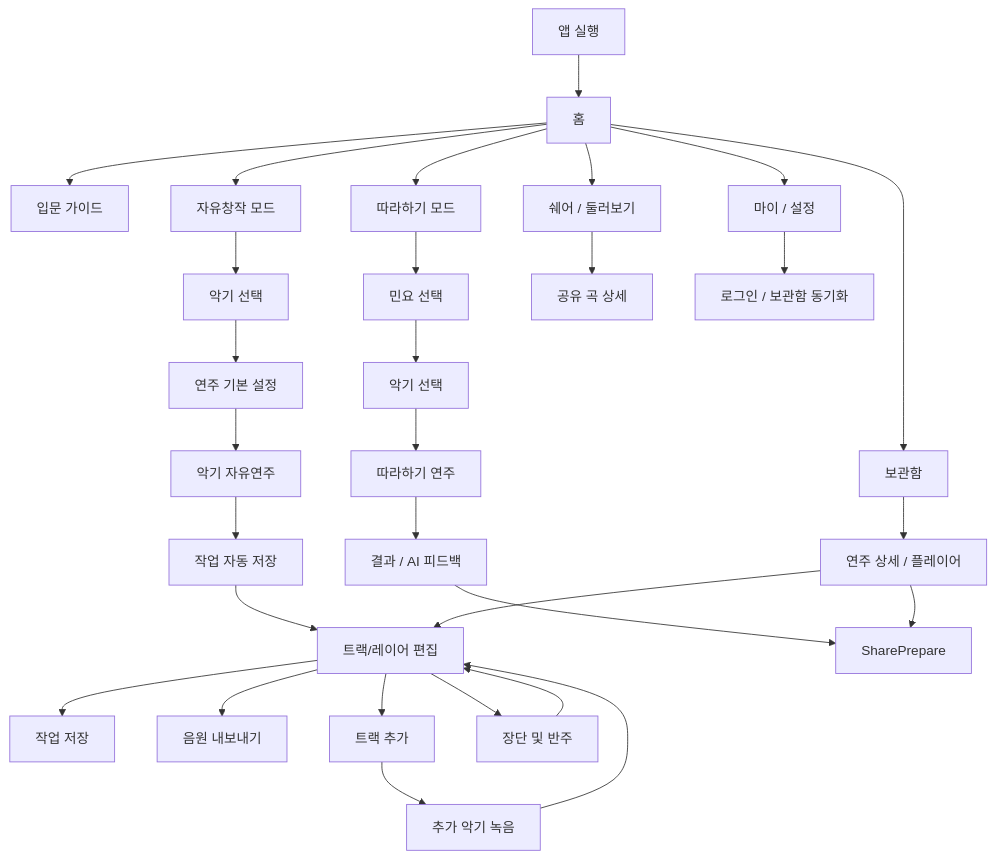
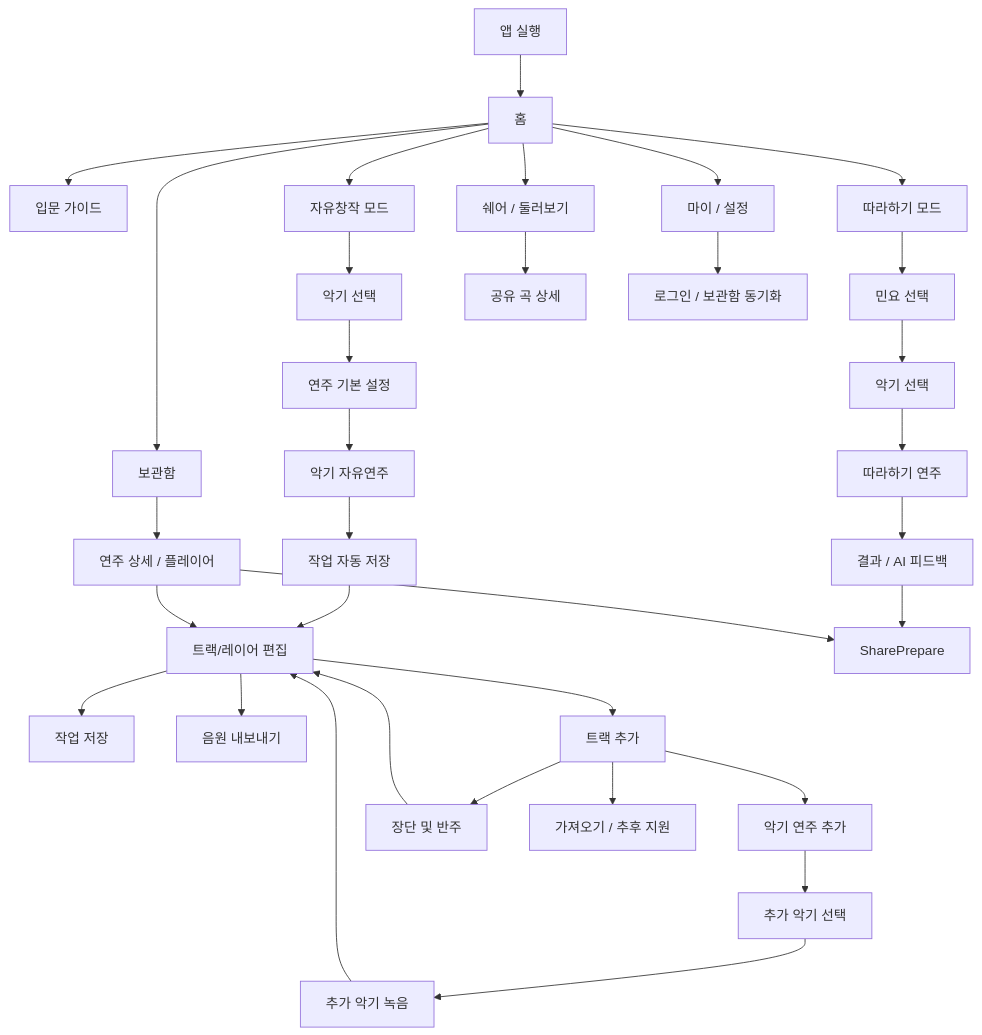
One commit to logan0741/GARAK-AI-Gugak-Studio changed the diagram in front/docs/product/screen-flow/current-screen-flow.md. Above: the diagram before and after it, drawn with Mermaid. The commit also changed other lines of this file and 1 other file, not shown here.

````diff
--- a/front/docs/product/screen-flow/current-screen-flow.md
+++ b/front/docs/product/screen-flow/current-screen-flow.md
@@ -97,39 +97,42 @@
 ```mermaid
 flowchart TD
     App["앱 실행"] --> Home["홈"]
 
     Home --> Guide["입문 가이드"]
     Home --> FreeMode["자유창작 모드"]
     Home --> PracticeEntry["따라하기 모드"]
     Home --> Library["보관함"]
     Home --> ShareFeed["쉐어 / 둘러보기"]
     Home --> Settings["마이 / 설정"]
 
     FreeMode --> InstrumentSettings["악기 선택"]
     InstrumentSettings --> PlayDefaults["연주 기본 설정"]
     PlayDefaults --> FreePlay["악기 자유연주"]
 
     FreePlay --> AutoSaveWork["작업 자동 저장"]
     AutoSaveWork --> LayerEdit["트랙/레이어 편집"]
     LayerEdit --> SaveWork["작업 저장"]
     LayerEdit --> ExportAudio["음원 내보내기"]
 
     LayerEdit --> AddTrack["트랙 추가"]
-    AddTrack --> ExtraInstrumentRecord["추가 악기 녹음"]
+    AddTrack --> AddInstrumentType["악기 연주 추가"]
+    AddTrack --> JangdanPanel["장단 및 반주"]
+    AddTrack --> ImportLocked["가져오기 / 추후 지원"]
+    AddInstrumentType --> AddInstrumentSelect["추가 악기 선택"]
+    AddInstrumentSelect --> ExtraInstrumentRecord["추가 악기 녹음"]
     ExtraInstrumentRecord --> LayerEdit
-    LayerEdit --> JangdanPanel["장단 및 반주"]
     JangdanPanel --> LayerEdit
 
     PracticeEntry --> SongSelect["민요 선택"]
     SongSelect --> PracticeInstrument["악기 선택"]
     PracticeInstrument --> PracticePlay["따라하기 연주"]
     PracticePlay --> PracticeResult["결과 / AI 피드백"]
     PracticeResult --> SharePrepare
 
     Library --> RecordingDetail["연주 상세 / 플레이어"]
     RecordingDetail --> LayerEdit
     RecordingDetail --> SharePrepare
 
     ShareFeed --> SharedDetail["공유 곡 상세"]
     Settings --> LoginSync["로그인 / 보관함 동기화"]
 ```
````
